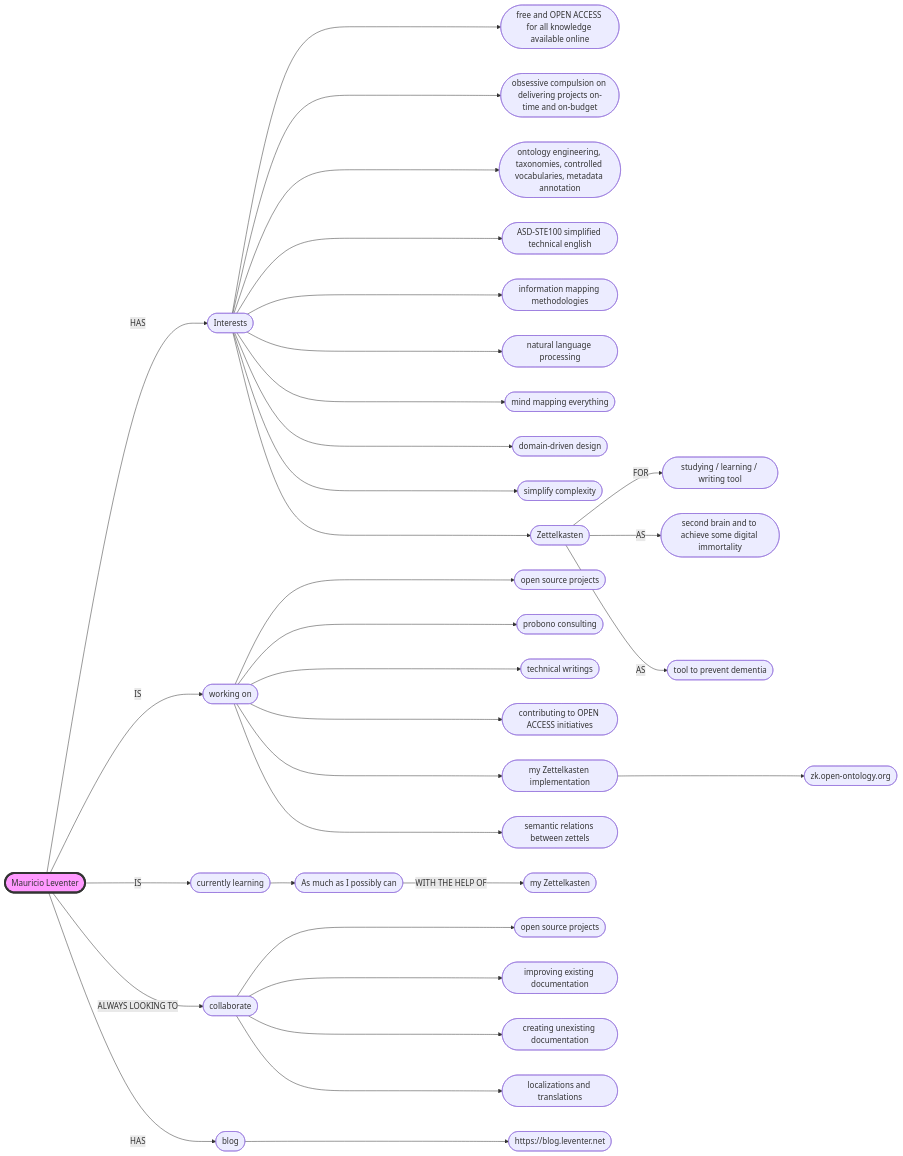
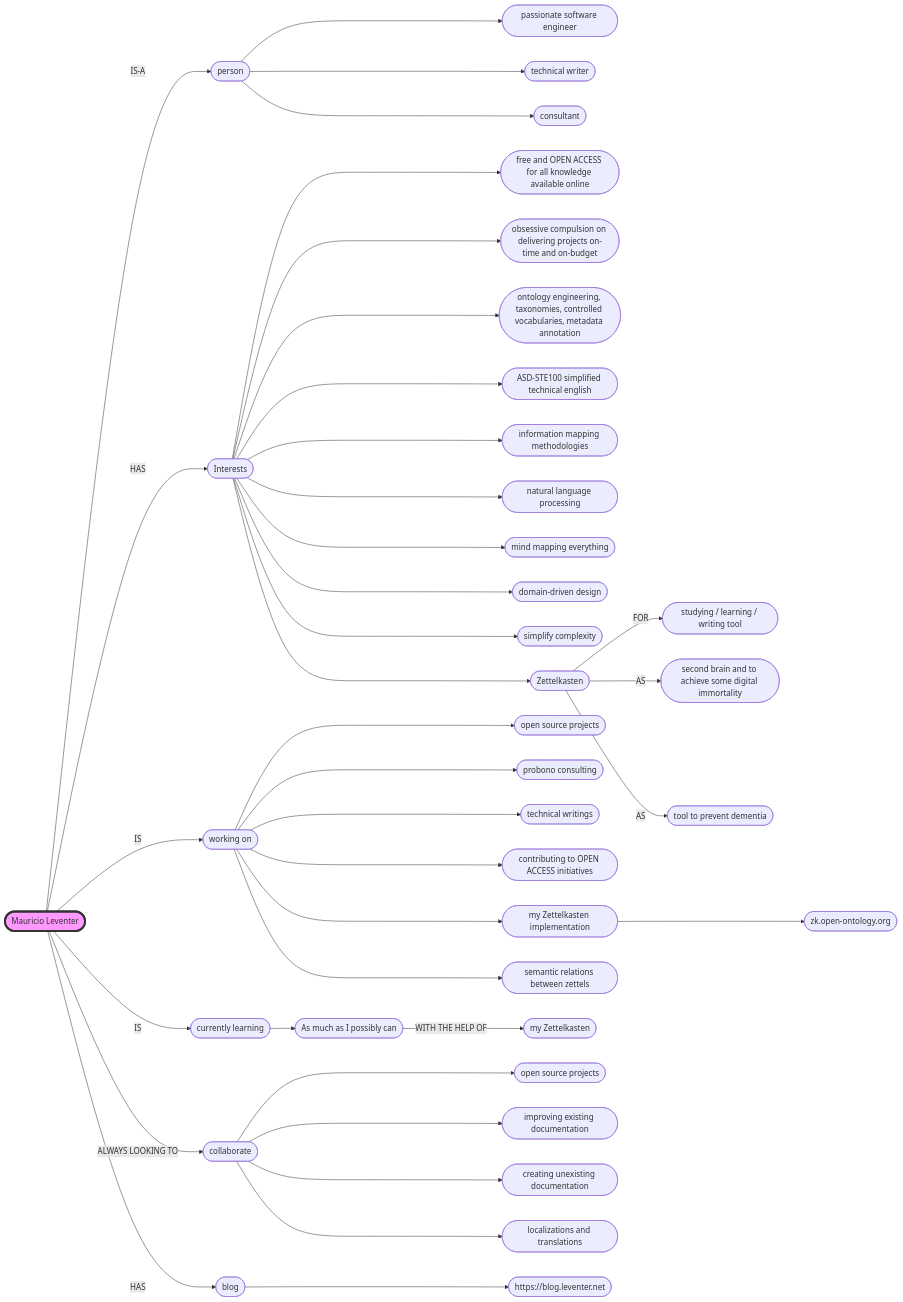
The diagram in README.md (mleventer/mleventer), drawn with Mermaid before and after one commit.

````diff
--- a/README.md
+++ b/README.md
@@ -4,36 +4,40 @@
 ```mermaid
 flowchart LR
-    A([Mauricio Leventer]) -->|HAS| B([Interests])
+    A([Mauricio Leventer]) -->|IS-A| A1([person])
+    A1 ---> A2([passionate software engineer])
+    A1 ---> A3([technical writer])
+    A1 ---> A4([consultant])
+    A -->|HAS| B([Interests])
     B ---> I1([free and OPEN ACCESS for all knowledge available online])
     B ---> I2([obsessive compulsion on delivering projects on-time and on-budget])
     B ---> I3([ontology engineering, taxonomies, controlled vocabularies, metadata annotation])
     B ---> I4([ASD-STE100 simplified technical english])
     B ---> I5([information mapping methodologies])
     B ---> I6([natural language processing])
     B ---> I7([mind mapping everything]) 
     B ---> I8([domain-driven design]) 
     B ---> I9([simplify complexity]) 
     B ---> J([Zettelkasten])
     J -->|FOR| J1([studying / learning / writing tool]) 
     J -->|AS| J2([second brain and to achieve some digital immortality]) 
     J -->|AS| J3([tool to prevent dementia])
     A -->|IS| C([working on])
     C ---> C1([open source projects])
     C ---> C2([probono consulting])
     C ---> C3([technical writings])
     C ---> C4([contributing to OPEN ACCESS initiatives])
     C ---> H([my Zettelkasten implementation])
     H ---> H1([zk.open-ontology.org])
     C ---> H2([semantic relations between zettels])
     A -->|IS| D([currently learning])
     D --> D1([As much as I possibly can])
     D1 -->|WITH THE HELP OF| D2([my Zettelkasten])
     A -->|ALWAYS LOOKING TO|E([collaborate])
     E ---> E1([open source projects])
     E ---> E2([improving existing documentation])
     E ---> E3([creating unexisting documentation])
     E ---> E4([localizations and translations])
     A -->|HAS| F([blog])
     F ---> F1([https://blog.leventer.net])
     style A fill:#f9f,stroke:#333,stroke-width:4px
 ```
````
